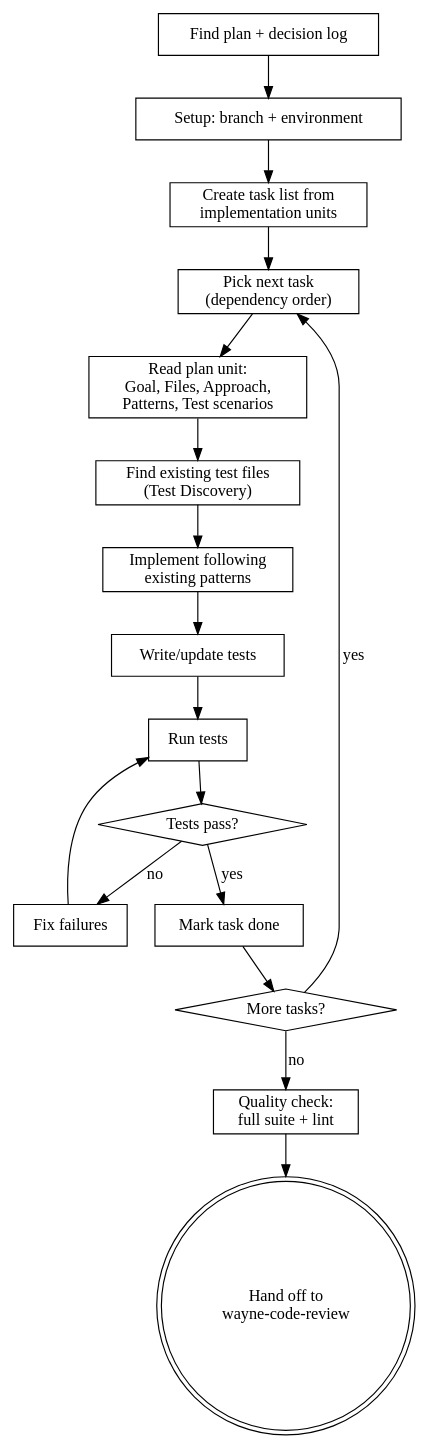
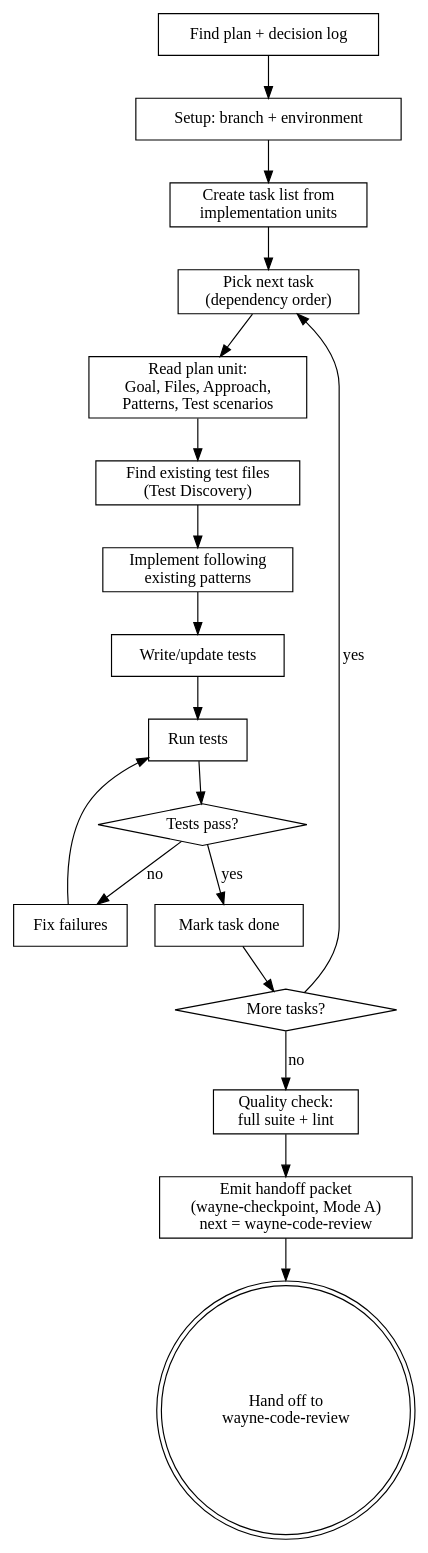
The first of 2 diagrams in wayne-work/SKILL.md (waynejing995/wayne-taste), drawn with Graphviz before and after one commit. The commit also changed other lines of this file and 11 other files, not shown here.

First line of the commit message:
feat: add E2E verification contract + handoff protocol to wayne pipeline

````diff
--- a/wayne-work/SKILL.md
+++ b/wayne-work/SKILL.md
@@ -41,38 +41,40 @@
 ```dot
 digraph work {
     rankdir=TB;
 
     "Find plan + decision log" [shape=box];
     "Setup: branch + environment" [shape=box];
     "Create task list from\nimplementation units" [shape=box];
     "Pick next task\n(dependency order)" [shape=box];
     "Read plan unit:\nGoal, Files, Approach,\nPatterns, Test scenarios" [shape=box];
     "Find existing test files\n(Test Discovery)" [shape=box];
     "Implement following\nexisting patterns" [shape=box];
     "Write/update tests" [shape=box];
     "Run tests" [shape=box];
     "Tests pass?" [shape=diamond];
     "Fix failures" [shape=box];
     "Mark task done" [shape=box];
     "More tasks?" [shape=diamond];
     "Quality check:\nfull suite + lint" [shape=box];
+    "Emit handoff packet\n(wayne-checkpoint, Mode A)\nnext = wayne-code-review" [shape=box];
     "Hand off to\nwayne-code-review" [shape=doublecircle];
 
     "Find plan + decision log" -> "Setup: branch + environment";
     "Setup: branch + environment" -> "Create task list from\nimplementation units";
     "Create task list from\nimplementation units" -> "Pick next task\n(dependency order)";
     "Pick next task\n(dependency order)" -> "Read plan unit:\nGoal, Files, Approach,\nPatterns, Test scenarios";
     "Read plan unit:\nGoal, Files, Approach,\nPatterns, Test scenarios" -> "Find existing test files\n(Test Discovery)";
     "Find existing test files\n(Test Discovery)" -> "Implement following\nexisting patterns";
     "Implement following\nexisting patterns" -> "Write/update tests";
     "Write/update tests" -> "Run tests";
     "Run tests" -> "Tests pass?";
     "Tests pass?" -> "Mark task done" [label="yes"];
     "Tests pass?" -> "Fix failures" [label="no"];
     "Fix failures" -> "Run tests";
     "Mark task done" -> "More tasks?";
     "More tasks?" -> "Pick next task\n(dependency order)" [label="yes"];
     "More tasks?" -> "Quality check:\nfull suite + lint" [label="no"];
-    "Quality check:\nfull suite + lint" -> "Hand off to\nwayne-code-review";
+    "Quality check:\nfull suite + lint" -> "Emit handoff packet\n(wayne-checkpoint, Mode A)\nnext = wayne-code-review";
+    "Emit handoff packet\n(wayne-checkpoint, Mode A)\nnext = wayne-code-review" -> "Hand off to\nwayne-code-review";
 }
 ```
````
